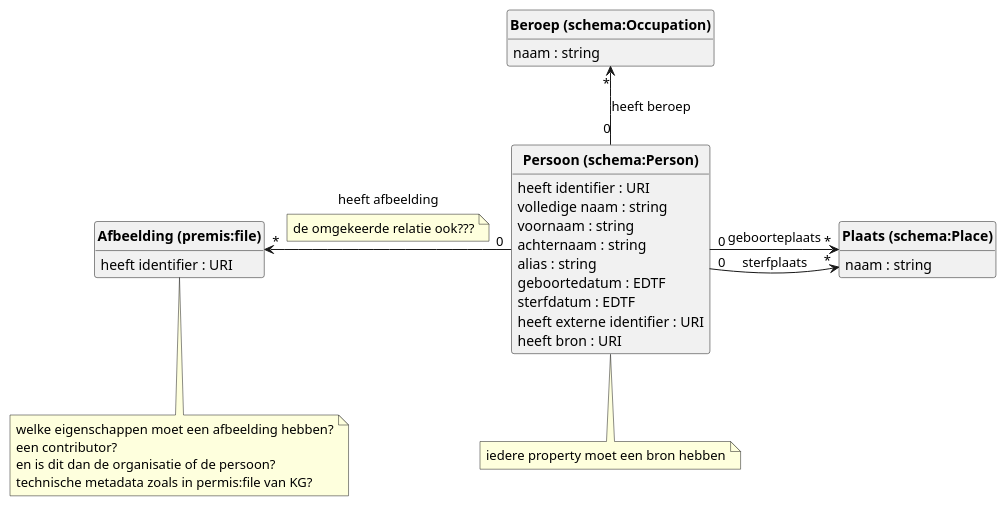
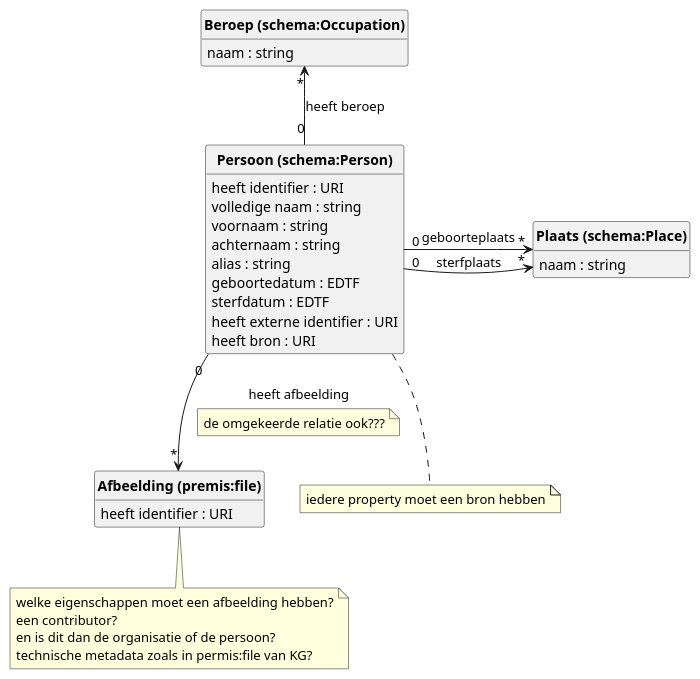
Before and after one commit to viaacode/visual-name-authority-project: the diagram in datamodel/diagram.puml, drawn with PlantUML.

Commit message:
little fix

```diff
--- a/datamodel/diagram.puml
+++ b/datamodel/diagram.puml
@@ -1,45 +1,45 @@
 @startuml
 class "<b>Persoon (schema:Person)</b>" {
     heeft identifier : URI
     volledige naam : string
     voornaam : string
     achternaam : string
     alias : string
     geboortedatum : EDTF
     sterfdatum : EDTF
     heeft externe identifier : URI
     heeft bron : URI
 
 }
 
 class "<b>Plaats (schema:Place)</b>" {
     naam : string
 }
 
 class "<b>Beroep (schema:Occupation)</b>" {
     naam : string
 }
 
 class "<b>Afbeelding (premis:file)</b>" {
     heeft identifier : URI
 
 }
 
 "<b>Persoon (schema:Person)</b>" "0" -> "*" "<b>Plaats (schema:Place)</b>" : geboorteplaats
 "<b>Persoon (schema:Person)</b>" "0" -> "*" "<b>Plaats (schema:Place)</b>" : sterfplaats
 "<b>Beroep (schema:Occupation)</b>" "*" <-- "0" "<b>Persoon (schema:Person)</b>": heeft beroep
-"<b>Afbeelding (premis:file)</b>" "*" <- "0" "<b>Persoon (schema:Person)</b>": heeft afbeelding
+"<b>Persoon (schema:Person)</b>" "0" --> "*" "<b>Afbeelding (premis:file)</b>": heeft afbeelding
 note on link: de omgekeerde relatie ook???
 
 
 note bottom of "<b>Persoon (schema:Person)</b>": iedere property moet een bron hebben
 note bottom of "<b>Afbeelding (premis:file)</b>"
     welke eigenschappen moet een afbeelding hebben?
     een contributor? 
     en is dit dan de organisatie of de persoon?
     technische metadata zoals in permis:file van KG?
 end note
 
 hide circle
 hide methods
 @enduml
```
